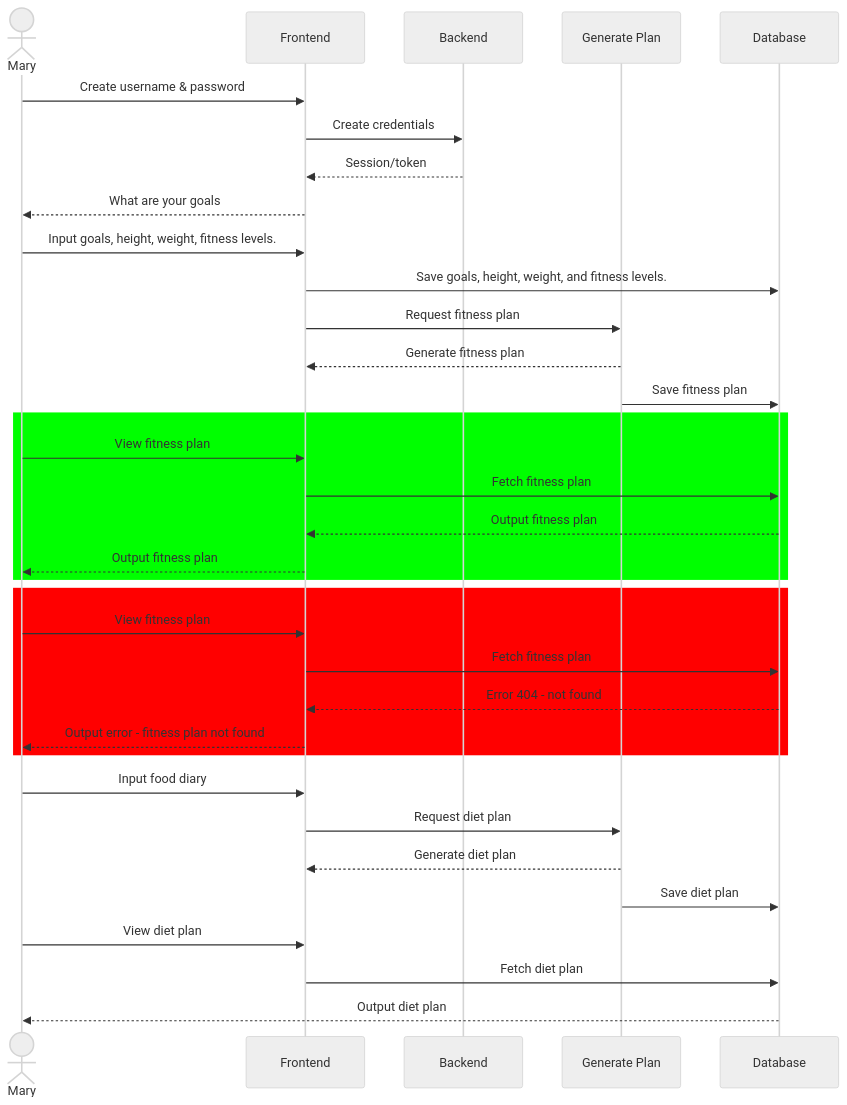
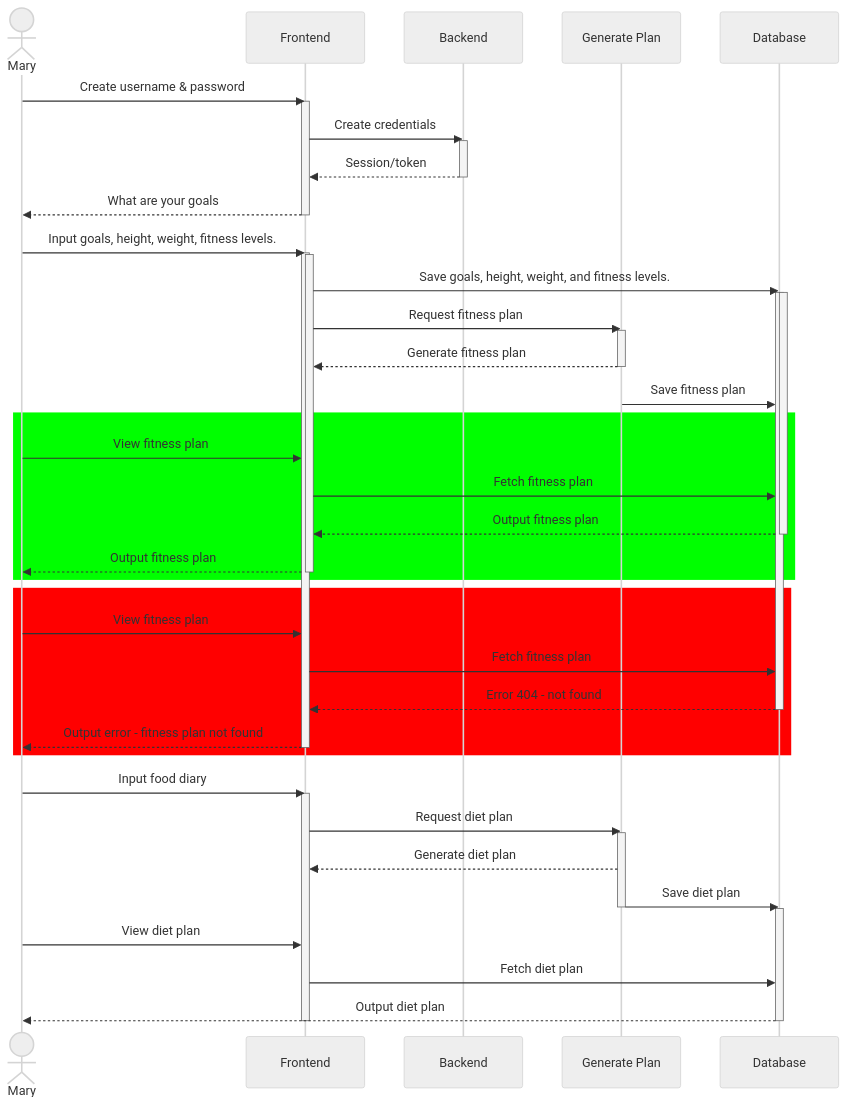
The first of 3 diagrams in docs/sequence-diagrams.md (Bosco-13/cmp5012b-team), drawn with Mermaid (neutral theme) before and after one commit. The commit also changed other lines of this file, not shown here.

````diff
--- a/docs/sequence-diagrams.md
+++ b/docs/sequence-diagrams.md
@@ -2,42 +2,62 @@
 ``` mermaid
 sequenceDiagram
     actor Mary
     Participant Frontend
     Participant Backend
     Participant Generate Plan
     Participant Database
 
 
     Mary->>Frontend:  Create username & password
+    activate Frontend
     Frontend->>Backend: Create credentials
+    activate Backend
     Backend-->>Frontend: Session/token
+    deactivate Backend
     Frontend-->>Mary: What are your goals
+    deactivate Frontend
     Mary->>Frontend: Input goals, height, weight, fitness levels.
+    activate Frontend
+    activate Frontend
     Frontend->>Database: Save goals, height, weight, and fitness levels.
+    activate Database
+    activate Database
     Frontend->>Generate Plan: Request fitness plan
+    activate Generate Plan
     Generate Plan-->>Frontend: Generate fitness plan
+    deactivate Generate Plan
     Generate Plan->>Database: Save fitness plan
 
     rect rgb(0,255,0)
     Mary->>Frontend: View fitness plan
     Frontend->>Database:Fetch fitness plan
     Database-->>Frontend: Output fitness plan
+    deactivate Database
     Frontend-->>Mary: Output fitness plan
+    deactivate Frontend
     end
 
     rect rgb(255,0,0)
     Mary->>Frontend:View fitness plan
     Frontend->>Database:Fetch fitness plan
     Database-->>Frontend: Error 404 - not found
+    deactivate Database
     Frontend-->>Mary: Output error - fitness plan not found
+    deactivate Frontend
     end
 
     Mary->>Frontend: Input food diary
+    activate Frontend
     Frontend->>Generate Plan: Request diet plan
+    activate Generate Plan
     Generate Plan-->>Frontend: Generate diet plan
     Generate Plan->>Database: Save diet plan
+    deactivate Generate Plan
+    activate Database
     Mary->>Frontend: View diet plan
     Frontend->>Database: Fetch diet plan
     Database-->>Mary: Output diet plan
+    deactivate Database
+    deactivate Frontend
     
 ```
````
